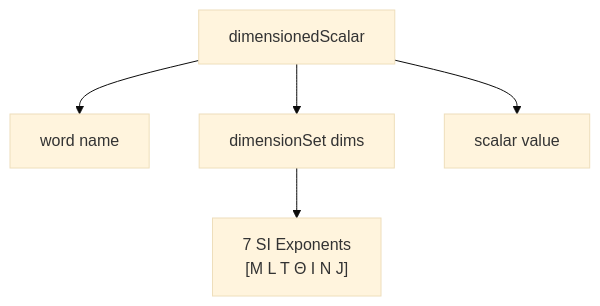
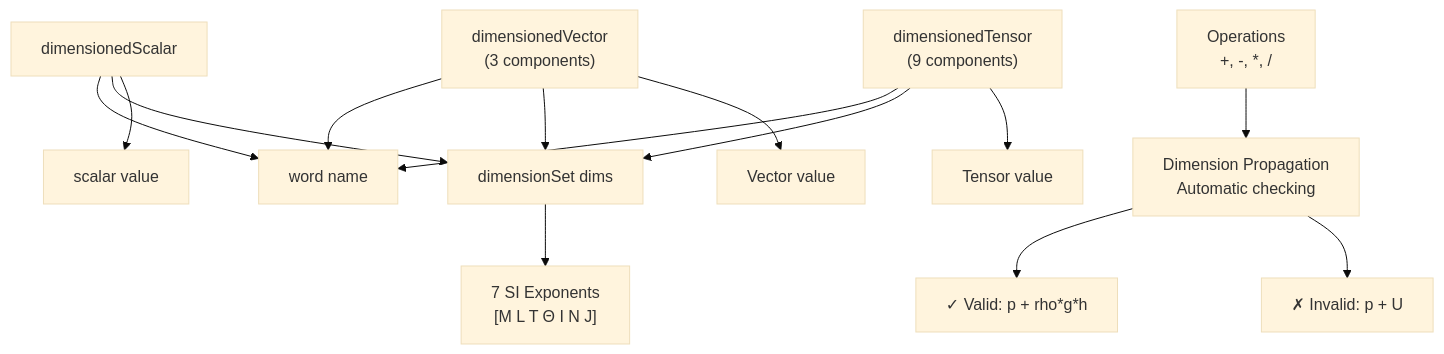
The diagram in MODULE_05_OPENFOAM_PROGRAMMING/CONTENT/02_DIMENSIONED_TYPES/00_Overview.md (wramet/build-my-cfd), drawn with Mermaid (base theme) before and after one commit. The commit also changed other lines of this file and 124 other files, not shown here.

````diff
--- a/MODULE_05_OPENFOAM_PROGRAMMING/CONTENT/02_DIMENSIONED_TYPES/00_Overview.md
+++ b/MODULE_05_OPENFOAM_PROGRAMMING/CONTENT/02_DIMENSIONED_TYPES/00_Overview.md
@@ -20,7 +31,19 @@
 ```mermaid
 flowchart TD
     A[dimensionedScalar] --> B[word name]
     A --> C[dimensionSet dims]
     A --> D[scalar value]
     C --> E["7 SI Exponents<br/>[M L T Θ I N J]"]
+    
+    F["dimensionedVector<br/>(3 components)"] --> B
+    F --> C
+    F --> G["Vector value"]
+    
+    H["dimensionedTensor<br/>(9 components)"] --> B
+    H --> C
+    H --> I["Tensor value"]
+    
+    J["Operations<br/>+, -, *, /"] --> K["Dimension Propagation<br/>Automatic checking"]
+    K --> L["✓ Valid: p + rho*g*h"]
+    K --> M["✗ Invalid: p + U"]
 ```
````
